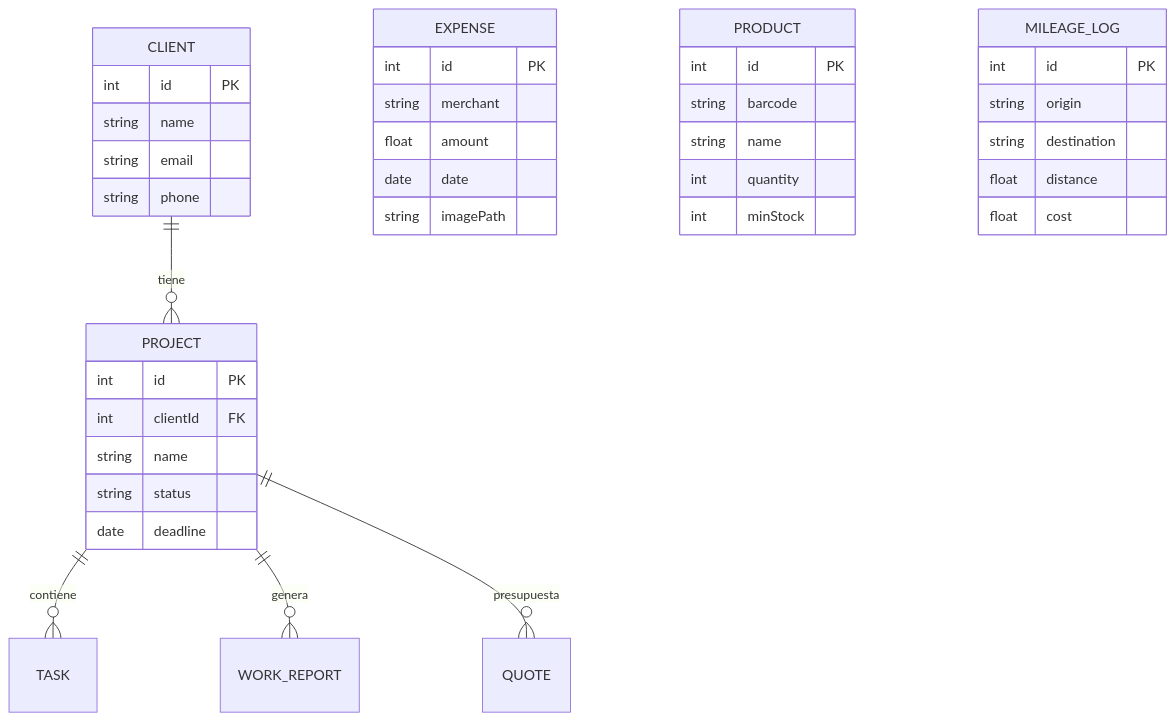
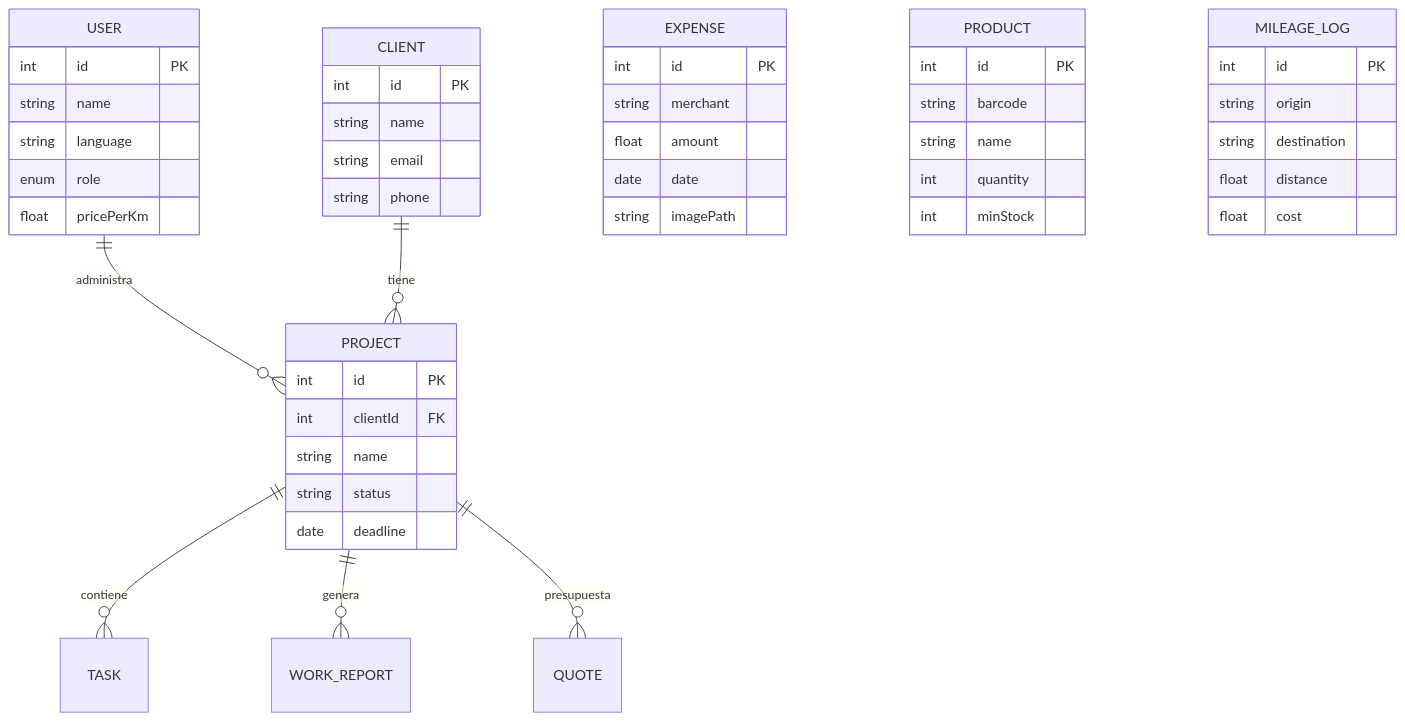
Before and after one commit to friaseus-coder/Aegis-Core: the second of 2 diagrams in documentación/documentacion_tecnica.md, drawn with Mermaid. The commit also changed other lines of this file and 43 other files, not shown here.

````diff
--- a/documentación/documentacion_tecnica.md
+++ b/documentación/documentacion_tecnica.md
@@ -62,42 +149,50 @@
 ```mermaid
 erDiagram
+    USER ||--o{ PROJECT : "administra"
     CLIENT ||--o{ PROJECT : "tiene"
     PROJECT ||--o{ TASK : "contiene"
     PROJECT ||--o{ WORK_REPORT : "genera"
     PROJECT ||--o{ QUOTE : "presupuesta"
     
+    USER {
+        int id PK
+        string name
+        string language
+        enum role
+        float pricePerKm
+    }
     CLIENT {
         int id PK
         string name
         string email
         string phone
     }
     PROJECT {
         int id PK
         int clientId FK
         string name
         string status
         date deadline
     }
     EXPENSE {
         int id PK
         string merchant
         float amount
         date date
         string imagePath
     }
     PRODUCT {
         int id PK
         string barcode
         string name
         int quantity
         int minStock
     }
     MILEAGE_LOG {
         int id PK
         string origin
         string destination
         float distance
         float cost
     }
 ```
````
